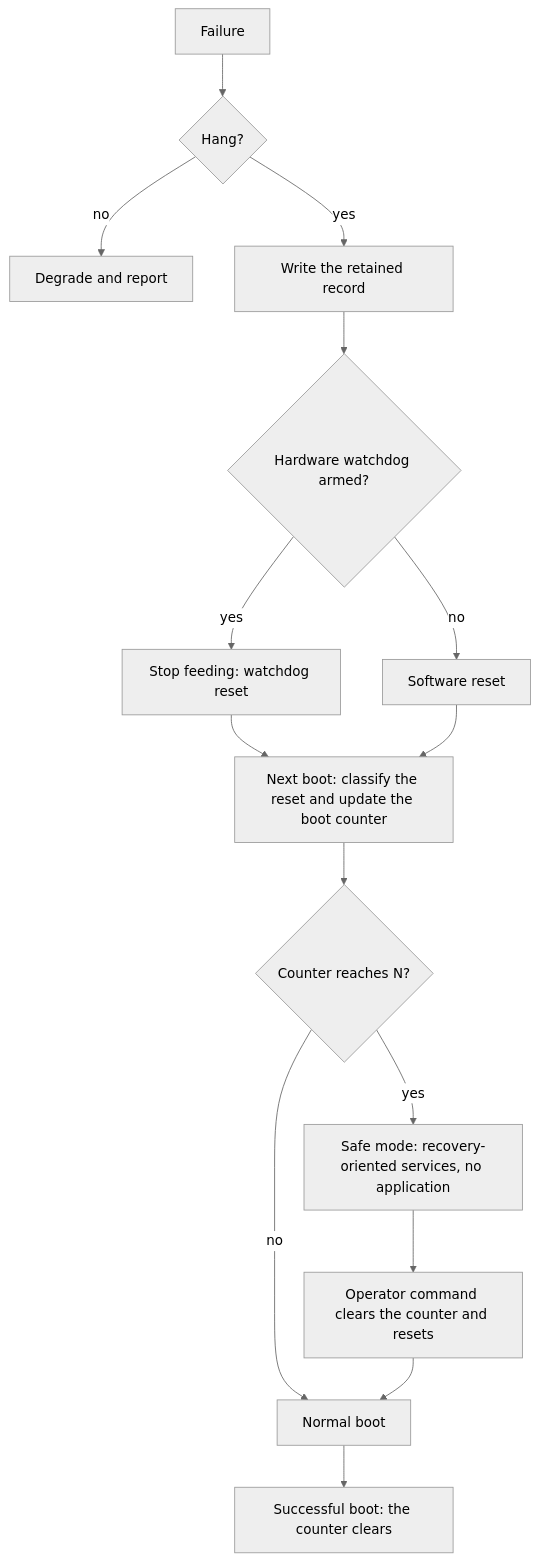
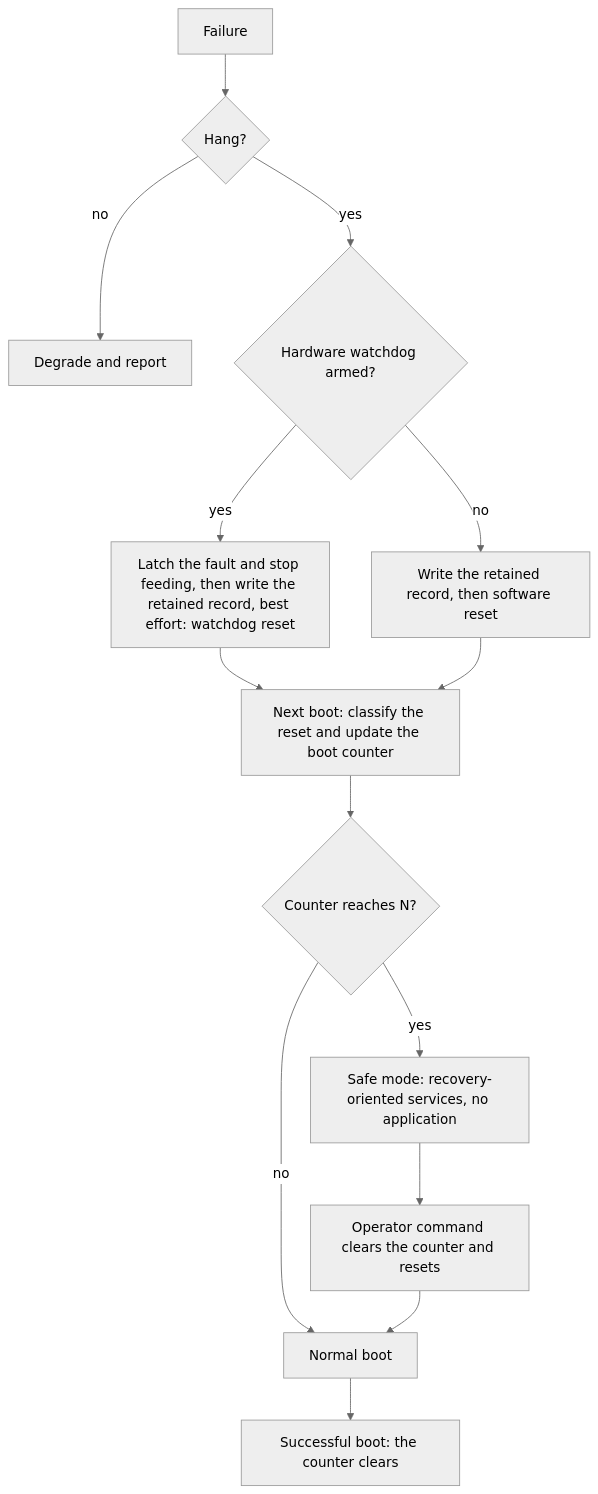
The third of 3 diagrams in docs/design/controller-framework.md (wonny-labs/crux-controller), drawn with Mermaid (neutral theme) before and after one commit. The commit also changed 2 other files, not shown here.

Commit message:
docs(spec): carry the feed latch into the criteria and the flowchart and bound the interrupted erase claim

````diff
--- a/docs/design/controller-framework.md
+++ b/docs/design/controller-framework.md
@@ -161,17 +161,16 @@
 ```mermaid
 flowchart TD
     failure["Failure"] --> hang{"Hang?"}
     hang -->|no| degrade["Degrade and report"]
-    hang -->|yes| record["Write the retained record"]
-    record --> armed{"Hardware watchdog armed?"}
-    armed -->|yes| reset["Stop feeding: watchdog reset"]
-    armed -->|no| soft["Software reset"]
+    hang -->|yes| armed{"Hardware watchdog armed?"}
+    armed -->|yes| reset["Latch the fault and stop feeding, then write the retained record, best effort: watchdog reset"]
+    armed -->|no| soft["Write the retained record, then software reset"]
     reset --> classify["Next boot: classify the reset and update the boot counter"]
     soft --> classify
     classify --> limit{"Counter reaches N?"}
     limit -->|no| normal["Normal boot"]
     limit -->|yes| safe["Safe mode: recovery-oriented services, no application"]
     safe --> exit["Operator command clears the counter and resets"]
     exit --> normal
     normal --> stable["Successful boot: the counter clears"]
 ```
````
